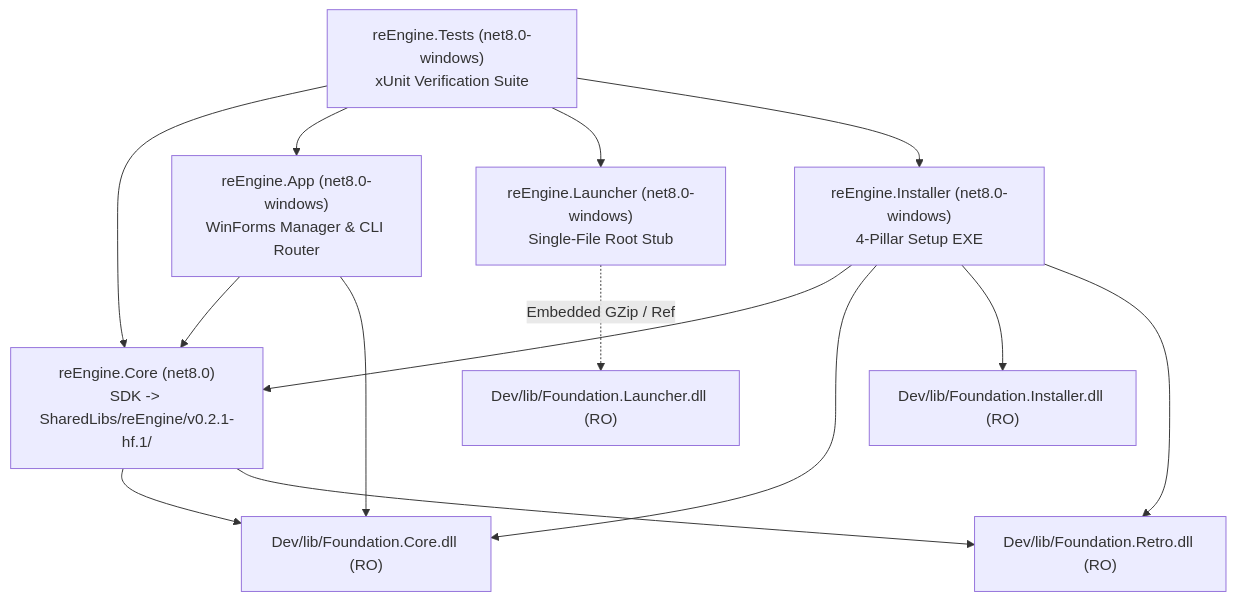
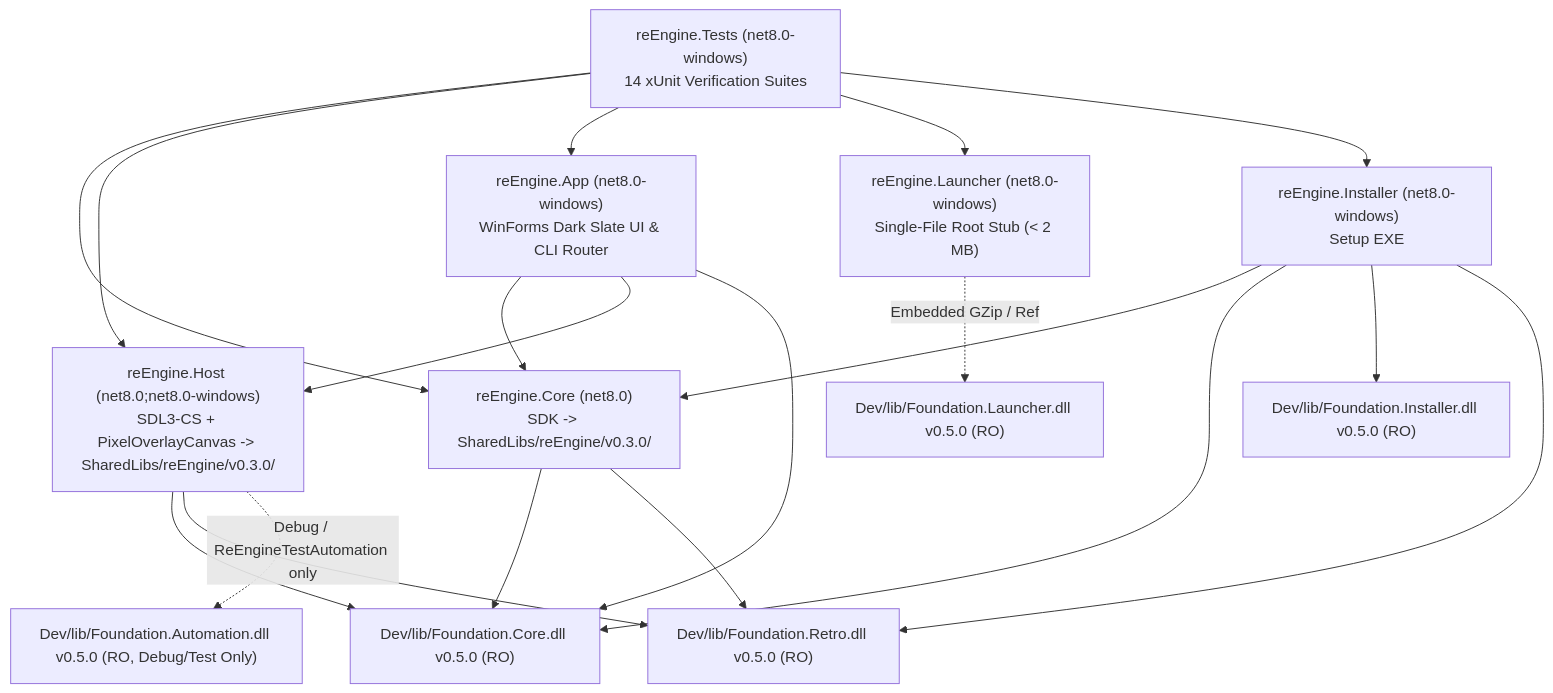
The second of 2 diagrams in Dev/docs/ARCHITECTURE.md (StreamItAllGit/reEngine), drawn with Mermaid before and after one commit. The commit also changed other lines of this file and 132 other files, not shown here.

Commit message:
v0.3.0: Shared reEngine.Host.dll, resumable updates, detached .recomp launch, installer/settings persistence & Portable ZIP

````diff
--- a/Dev/docs/ARCHITECTURE.md
+++ b/Dev/docs/ARCHITECTURE.md
@@ -41,27 +43,34 @@
 ```mermaid
 graph TD
-    FC["Dev/lib/Foundation.Core.dll (RO)"]
-    FR["Dev/lib/Foundation.Retro.dll (RO)"]
-    FI["Dev/lib/Foundation.Installer.dll (RO)"]
-    FL["Dev/lib/Foundation.Launcher.dll (RO)"]
+    FC["Dev/lib/Foundation.Core.dll v0.5.0 (RO)"]
+    FR["Dev/lib/Foundation.Retro.dll v0.5.0 (RO)"]
+    FI["Dev/lib/Foundation.Installer.dll v0.5.0 (RO)"]
+    FL["Dev/lib/Foundation.Launcher.dll v0.5.0 (RO)"]
+    FA["Dev/lib/Foundation.Automation.dll v0.5.0 (RO, Debug/Test Only)"]
 
-    Core["reEngine.Core (net8.0)\nSDK -> SharedLibs/reEngine/v0.2.1-hf.1/"]
-    App["reEngine.App (net8.0-windows)\nWinForms Manager & CLI Router"]
-    Launcher["reEngine.Launcher (net8.0-windows)\nSingle-File Root Stub"]
-    Setup["reEngine.Installer (net8.0-windows)\n4-Pillar Setup EXE"]
-    Tests["reEngine.Tests (net8.0-windows)\nxUnit Verification Suite"]
+    Core["reEngine.Core (net8.0)\nSDK -> SharedLibs/reEngine/v0.3.0/"]
+    Host["reEngine.Host (net8.0;net8.0-windows)\nSDL3-CS + PixelOverlayCanvas -> SharedLibs/reEngine/v0.3.0/"]
+    App["reEngine.App (net8.0-windows)\nWinForms Dark Slate UI & CLI Router"]
+    Launcher["reEngine.Launcher (net8.0-windows)\nSingle-File Root Stub (< 2 MB)"]
+    Setup["reEngine.Installer (net8.0-windows)\nSetup EXE"]
+    Tests["reEngine.Tests (net8.0-windows)\n14 xUnit Verification Suites"]
 
     Core --> FC
     Core --> FR
+    Host --> FC
+    Host --> FR
+    Host -.->|Debug / ReEngineTestAutomation only| FA
     App --> Core
+    App --> Host
     App --> FC
     Setup --> Core
     Setup --> FC
     Setup --> FI
     Setup --> FR
     Launcher -.->|Embedded GZip / Ref| FL
     Tests --> Core
+    Tests --> Host
     Tests --> App
     Tests --> Launcher
     Tests --> Setup
 ```
````
